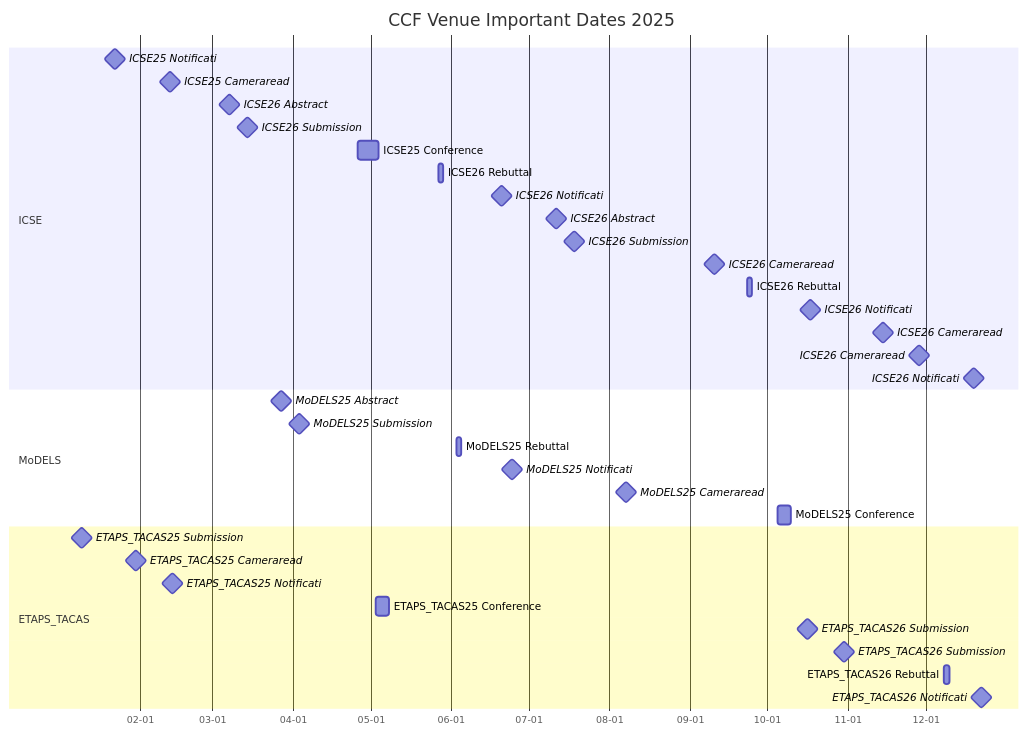
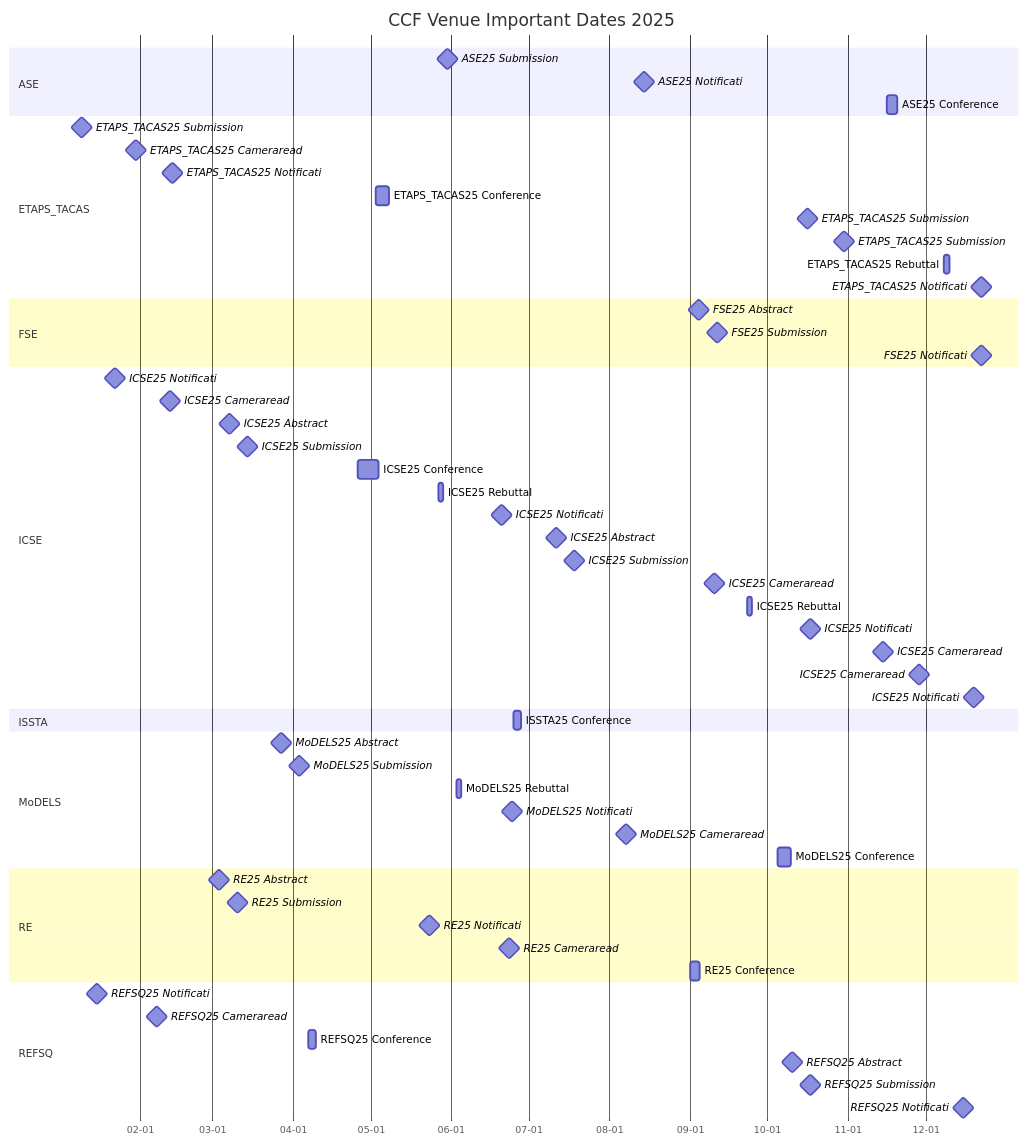
Before and after one commit to HansBug/research_ideas: the fourth of 9 diagrams in ccf_venues/TIMELINE.md, drawn with Mermaid. The commit also changed other lines of this file and 42 other files, not shown here.

````diff
--- a/ccf_venues/TIMELINE.md
+++ b/ccf_venues/TIMELINE.md
@@ -245,42 +327,70 @@
 ```mermaid
 gantt
   title CCF Venue Important Dates 2025
   dateFormat YYYY-MM-DD
   axisFormat %m-%d
 
+  section ASE
+  ASE25 Submission :milestone, ase_2025_1_20250530, 2025-05-30, 1d
+  ASE25 Notificati :milestone, ase_2025_2_20250814, 2025-08-14, 1d
+  ASE25 Conference :ase_2025_3_20251116, 2025-11-16, 2025-11-20
+
+  section ETAPS_TACAS
+  ETAPS_TACAS25 Submission :milestone, etaps_tacas_2025_1_20250109, 2025-01-09, 1d
+  ETAPS_TACAS25 Cameraread :milestone, etaps_tacas_2025_2_20250130, 2025-01-30, 1d
+  ETAPS_TACAS25 Notificati :milestone, etaps_tacas_2025_3_20250213, 2025-02-13, 1d
+  ETAPS_TACAS25 Conference :etaps_tacas_2025_4_20250503, 2025-05-03, 2025-05-08
+  ETAPS_TACAS25 Submission :milestone, etaps_tacas_2025_5_20251016, 2025-10-16, 1d
+  ETAPS_TACAS25 Submission :milestone, etaps_tacas_2025_6_20251030, 2025-10-30, 1d
+  ETAPS_TACAS25 Rebuttal :etaps_tacas_2025_7_20251208, 2025-12-08, 2025-12-10
+  ETAPS_TACAS25 Notificati :milestone, etaps_tacas_2025_8_20251222, 2025-12-22, 1d
+
+  section FSE
+  FSE25 Abstract :milestone, fse_2025_1_20250904, 2025-09-04, 1d
+  FSE25 Submission :milestone, fse_2025_2_20250911, 2025-09-11, 1d
+  FSE25 Notificati :milestone, fse_2025_3_20251222, 2025-12-22, 1d
+
   section ICSE
-  ICSE25 Notificati :milestone, icse2025_1_20250122, 2025-01-22, 1d
-  ICSE25 Cameraread :milestone, icse2025_2_20250212, 2025-02-12, 1d
-  ICSE26 Abstract :milestone, icse2026_3_20250307, 2025-03-07, 1d
-  ICSE26 Submission :milestone, icse2026_4_20250314, 2025-03-14, 1d
-  ICSE25 Conference :icse2025_5_20250426, 2025-04-26, 2025-05-04
-  ICSE26 Rebuttal :icse2026_6_20250527, 2025-05-27, 2025-05-29
-  ICSE26 Notificati :milestone, icse2026_7_20250620, 2025-06-20, 1d
-  ICSE26 Abstract :milestone, icse2026_8_20250711, 2025-07-11, 1d
-  ICSE26 Submission :milestone, icse2026_9_20250718, 2025-07-18, 1d
-  ICSE26 Cameraread :milestone, icse2026_10_20250910, 2025-09-10, 1d
-  ICSE26 Rebuttal :icse2026_11_20250923, 2025-09-23, 2025-09-25
-  ICSE26 Notificati :milestone, icse2026_12_20251017, 2025-10-17, 1d
-  ICSE26 Cameraread :milestone, icse2026_13_20251114, 2025-11-14, 1d
-  ICSE26 Cameraread :milestone, icse2026_14_20251128, 2025-11-28, 1d
-  ICSE26 Notificati :milestone, icse2026_15_20251219, 2025-12-19, 1d
+  ICSE25 Notificati :milestone, icse_2025_1_20250122, 2025-01-22, 1d
+  ICSE25 Cameraread :milestone, icse_2025_2_20250212, 2025-02-12, 1d
+  ICSE25 Abstract :milestone, icse_2025_3_20250307, 2025-03-07, 1d
+  ICSE25 Submission :milestone, icse_2025_4_20250314, 2025-03-14, 1d
+  ICSE25 Conference :icse_2025_5_20250426, 2025-04-26, 2025-05-04
+  ICSE25 Rebuttal :icse_2025_6_20250527, 2025-05-27, 2025-05-29
+  ICSE25 Notificati :milestone, icse_2025_7_20250620, 2025-06-20, 1d
+  ICSE25 Abstract :milestone, icse_2025_8_20250711, 2025-07-11, 1d
+  ICSE25 Submission :milestone, icse_2025_9_20250718, 2025-07-18, 1d
+  ICSE25 Cameraread :milestone, icse_2025_10_20250910, 2025-09-10, 1d
+  ICSE25 Rebuttal :icse_2025_11_20250923, 2025-09-23, 2025-09-25
+  ICSE25 Notificati :milestone, icse_2025_12_20251017, 2025-10-17, 1d
+  ICSE25 Cameraread :milestone, icse_2025_13_20251114, 2025-11-14, 1d
+  ICSE25 Cameraread :milestone, icse_2025_14_20251128, 2025-11-28, 1d
+  ICSE25 Notificati :milestone, icse_2025_15_20251219, 2025-12-19, 1d
+
+  section ISSTA
+  ISSTA25 Conference :issta_2025_1_20250625, 2025-06-25, 2025-06-28
 
   section MoDELS
-  MoDELS25 Abstract :milestone, models2025_1_20250327, 2025-03-27, 1d
-  MoDELS25 Submission :milestone, models2025_2_20250403, 2025-04-03, 1d
-  MoDELS25 Rebuttal :models2025_3_20250603, 2025-06-03, 2025-06-05
-  MoDELS25 Notificati :milestone, models2025_4_20250624, 2025-06-24, 1d
-  MoDELS25 Cameraread :milestone, models2025_5_20250807, 2025-08-07, 1d
-  MoDELS25 Conference :models2025_6_20251005, 2025-10-05, 2025-10-10
+  MoDELS25 Abstract :milestone, models_2025_1_20250327, 2025-03-27, 1d
+  MoDELS25 Submission :milestone, models_2025_2_20250403, 2025-04-03, 1d
+  MoDELS25 Rebuttal :models_2025_3_20250603, 2025-06-03, 2025-06-05
+  MoDELS25 Notificati :milestone, models_2025_4_20250624, 2025-06-24, 1d
+  MoDELS25 Cameraread :milestone, models_2025_5_20250807, 2025-08-07, 1d
+  MoDELS25 Conference :models_2025_6_20251005, 2025-10-05, 2025-10-10
 
-  section ETAPS_TACAS
-  ETAPS_TACAS25 Submission :milestone, etaps2025_1_20250109, 2025-01-09, 1d
-  ETAPS_TACAS25 Cameraread :milestone, etaps2025_2_20250130, 2025-01-30, 1d
-  ETAPS_TACAS25 Notificati :milestone, etaps2025_3_20250213, 2025-02-13, 1d
-  ETAPS_TACAS25 Conference :etaps2025_4_20250503, 2025-05-03, 2025-05-08
-  ETAPS_TACAS26 Submission :milestone, etaps2026_5_20251016, 2025-10-16, 1d
-  ETAPS_TACAS26 Submission :milestone, etaps2026_6_20251030, 2025-10-30, 1d
-  ETAPS_TACAS26 Rebuttal :etaps2026_7_20251208, 2025-12-08, 2025-12-10
-  ETAPS_TACAS26 Notificati :milestone, etaps2026_8_20251222, 2025-12-22, 1d
+  section RE
+  RE25 Abstract :milestone, re_2025_1_20250303, 2025-03-03, 1d
+  RE25 Submission :milestone, re_2025_2_20250310, 2025-03-10, 1d
+  RE25 Notificati :milestone, re_2025_3_20250523, 2025-05-23, 1d
+  RE25 Cameraread :milestone, re_2025_4_20250623, 2025-06-23, 1d
+  RE25 Conference :re_2025_5_20250901, 2025-09-01, 2025-09-05
+
+  section REFSQ
+  REFSQ25 Notificati :milestone, refsq_2025_1_20250115, 2025-01-15, 1d
+  REFSQ25 Cameraread :milestone, refsq_2025_2_20250207, 2025-02-07, 1d
+  REFSQ25 Conference :refsq_2025_3_20250407, 2025-04-07, 2025-04-10
+  REFSQ25 Abstract :milestone, refsq_2025_4_20251010, 2025-10-10, 1d
+  REFSQ25 Submission :milestone, refsq_2025_5_20251017, 2025-10-17, 1d
+  REFSQ25 Notificati :milestone, refsq_2025_6_20251215, 2025-12-15, 1d
 
 ```
````
